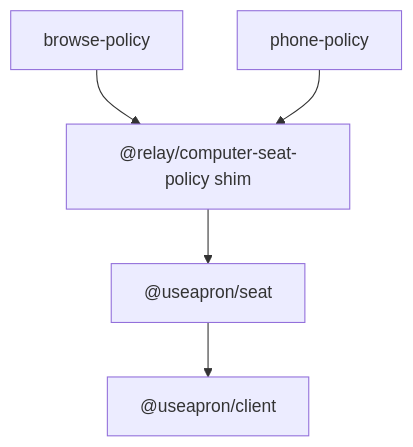
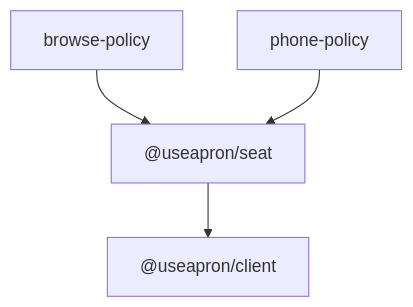
The diagram in .cursor/plans/consume_seat_loop.plan.md (Rouche01/relay-os), drawn with Mermaid before and after one commit. The commit also changed other lines of this file and 42 other files, not shown here.

Commit message:
chore: remove @relay/computer-seat-policy and replace references with @useapron/seat across browse-policy and phone-policy; update pnpm-lock.yaml and related documentation to reflect the transition

````diff
--- a/.cursor/plans/consume_seat_loop.plan.md
+++ b/.cursor/plans/consume_seat_loop.plan.md
@@ -35,13 +33,11 @@
 ```mermaid
 flowchart TB
   BP[browse-policy]
   PP[phone-policy]
-  Shim["@relay/computer-seat-policy shim"]
   Seat["@useapron/seat"]
   Client["@useapron/client"]
 
-  BP --> Shim
-  PP --> Shim
-  Shim --> Seat
+  BP --> Seat
+  PP --> Seat
   Seat --> Client
 ```
````
